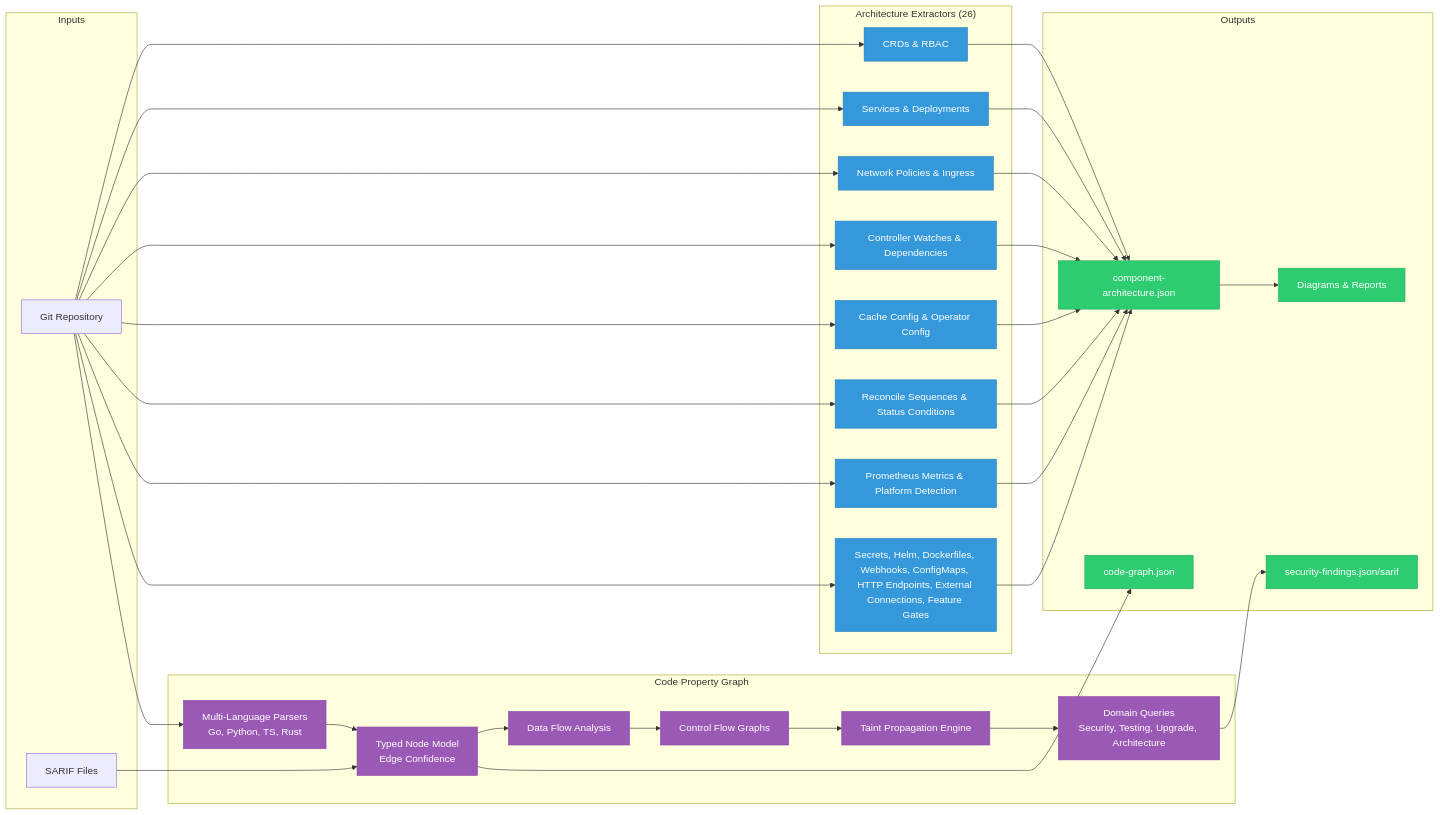
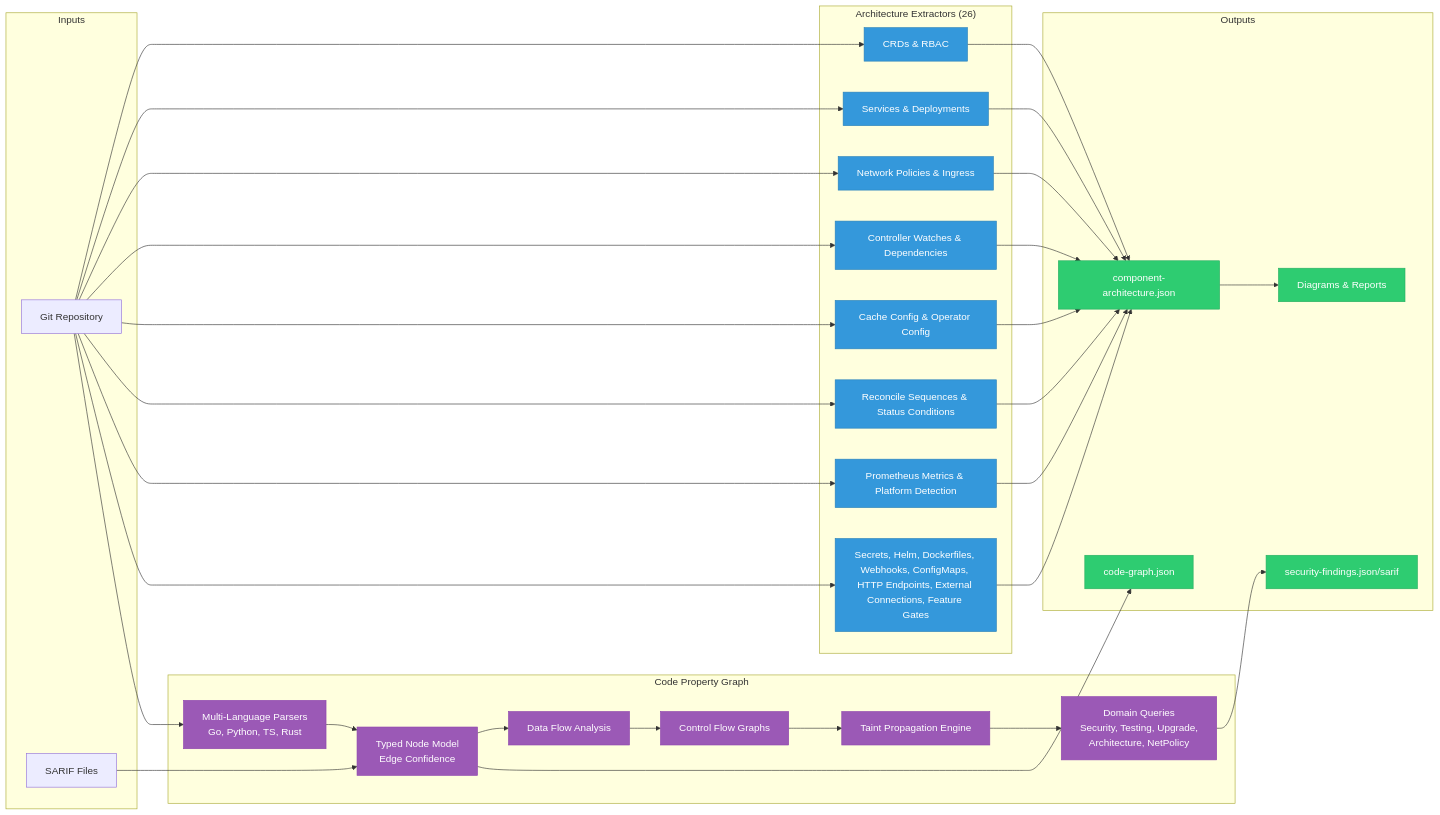
One commit to ugiordan/architecture-analyzer changed the diagram in README.md. Above: the diagram before and after it, drawn with Mermaid. The commit also changed other lines of this file and 1 other file, not shown here.

First line of the commit message:
docs: add netpolicy domain to README and site docs

````diff
--- a/README.md
+++ b/README.md
@@ -29,47 +29,47 @@
 ```mermaid
 graph LR
     subgraph Inputs
         REPO[Git Repository]
         SARIF[SARIF Files]
     end
 
     subgraph "Architecture Extractors (26)"
         E1[CRDs & RBAC]
         E2[Services & Deployments]
         E3[Network Policies & Ingress]
         E4[Controller Watches & Dependencies]
         E5[Cache Config & Operator Config]
         E6[Reconcile Sequences & Status Conditions]
         E7[Prometheus Metrics & Platform Detection]
         E8[Secrets, Helm, Dockerfiles, Webhooks, ConfigMaps, HTTP Endpoints, External Connections, Feature Gates]
     end
 
     subgraph "Code Property Graph"
         PARSE[Multi-Language Parsers<br/>Go, Python, TS, Rust]
         CPG[Typed Node Model<br/>Edge Confidence]
         DF[Data Flow Analysis]
         CFG[Control Flow Graphs]
         TAINT[Taint Propagation Engine]
-        DOMAINS[Domain Queries<br/>Security, Testing, Upgrade, Architecture]
+        DOMAINS[Domain Queries<br/>Security, Testing, Upgrade,<br/>Architecture, NetPolicy]
     end
 
     subgraph Outputs
         JSON[component-architecture.json]
         GRAPH[code-graph.json]
         FINDINGS[security-findings.json/sarif]
         DIAGRAMS[Diagrams & Reports]
     end
 
     REPO --> E1 & E2 & E3 & E4 & E5 & E6 & E7 & E8 --> JSON --> DIAGRAMS
     REPO --> PARSE --> CPG --> DF --> CFG --> TAINT --> DOMAINS --> FINDINGS
     SARIF --> CPG
     CPG --> GRAPH
 
     classDef extractor fill:#3498db,stroke:#2980b9,color:#fff
     classDef cpg fill:#9b59b6,stroke:#8e44ad,color:#fff
     classDef output fill:#2ecc71,stroke:#27ae60,color:#fff
 
     class E1,E2,E3,E4,E5,E6,E7,E8 extractor
     class PARSE,CPG,DF,CFG,TAINT,DOMAINS cpg
     class JSON,GRAPH,FINDINGS,DIAGRAMS output
 ```
````
